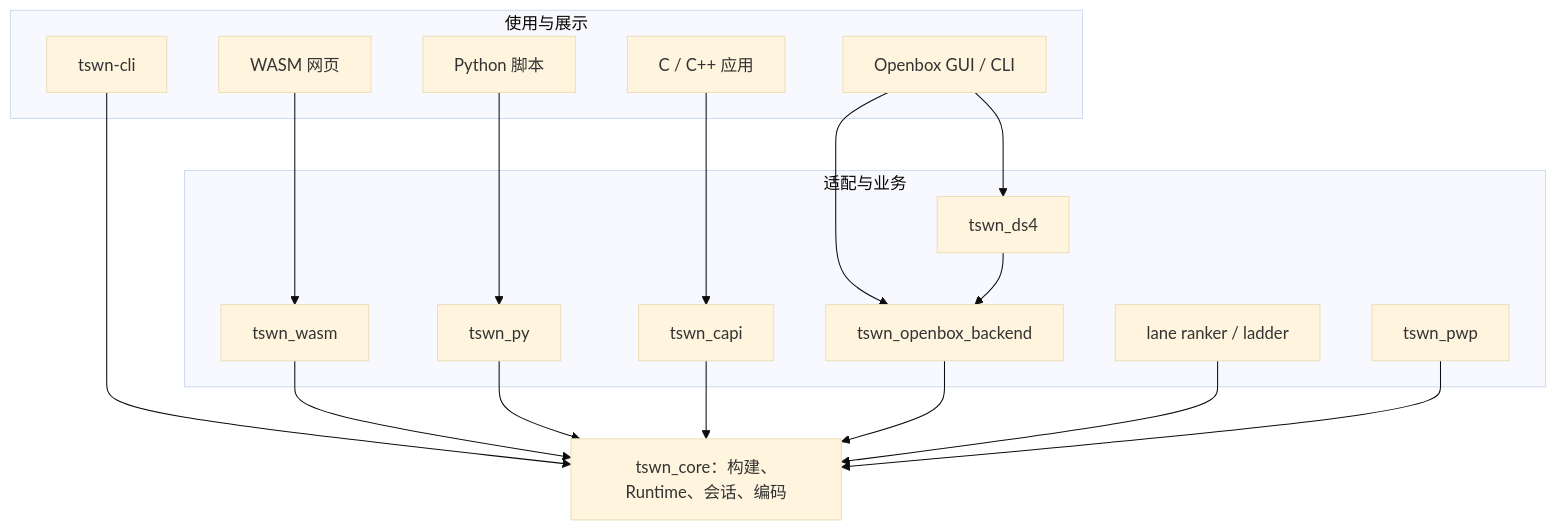
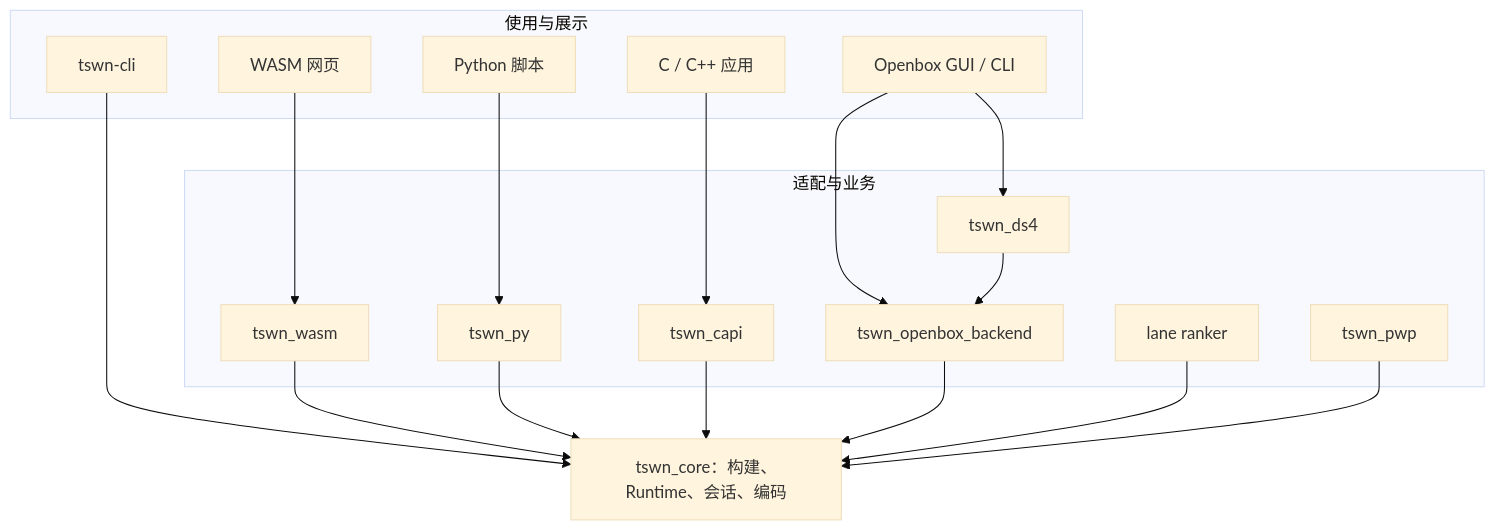
One commit to shenjackyuanjie/tswn-core changed the diagram in docs/core-guide/project-map.md. Above: the diagram before and after it, drawn with Mermaid (base theme). The commit also changed other lines of this file and 37 other files, not shown here.

````diff
--- a/docs/core-guide/project-map.md
+++ b/docs/core-guide/project-map.md
@@ -9,33 +9,33 @@
 ```mermaid
 flowchart TD
     subgraph U[使用与展示]
         CLI[tswn-cli]
         WEB[WASM 网页]
         PY[Python 脚本]
         C[C / C++ 应用]
         O[Openbox GUI / CLI]
     end
     subgraph A[适配与业务]
         WA[tswn_wasm]
         PA[tswn_py]
         CA[tswn_capi]
         OB[tswn_openbox_backend]
         DS[tswn_ds4]
-        LR[lane ranker / ladder]
+        LR[lane ranker]
         PW[tswn_pwp]
     end
     CORE[tswn_core：构建、Runtime、会话、编码]
     WEB --> WA
     PY --> PA
     C --> CA
     O --> OB
     O --> DS
     DS --> OB
     CLI --> CORE
     WA --> CORE
     PA --> CORE
     CA --> CORE
     OB --> CORE
     LR --> CORE
     PW --> CORE
 ```
````
